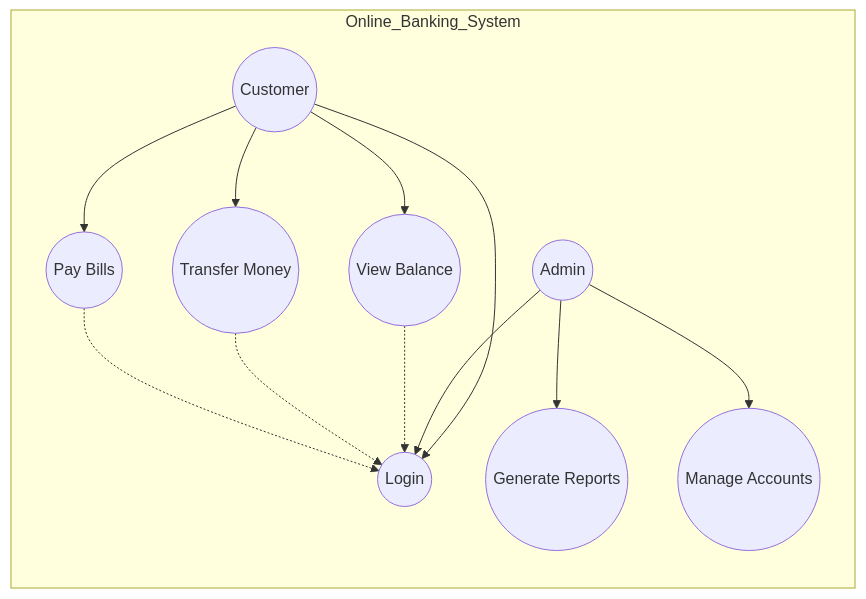
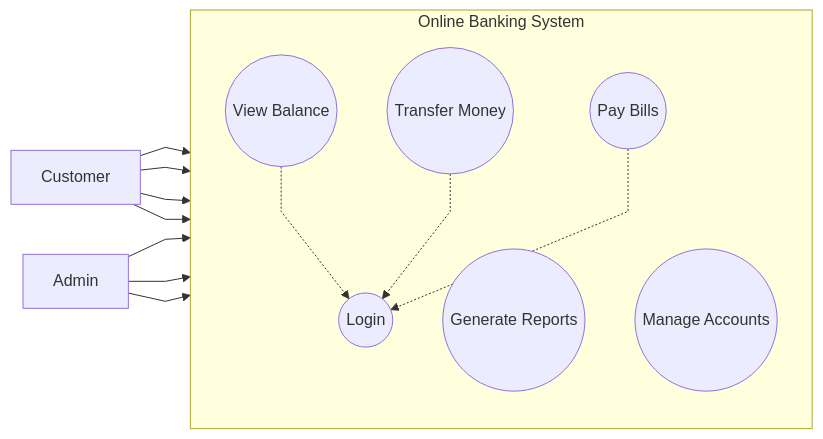
One commit to krishjha1121/Prep changed the fifth of 26 diagrams in LLD/01-fundamentals/03-uml-basics.md. Above: the diagram before and after it, drawn with Mermaid. The commit also changed other lines of this file, not shown here.

Commit message:
add sequence diagram

````diff
--- a/LLD/01-fundamentals/03-uml-basics.md
+++ b/LLD/01-fundamentals/03-uml-basics.md
@@ -161,28 +200,34 @@
 ```mermaid
-%%{init: {'theme': 'default'}}%%
-graph LR
-    subgraph Online_Banking_System
-        Customer((Customer))
-        Admin((Admin))
+%%{init: {'theme': 'default', 'flowchart': {'curve': 'linear'}}}%%
+flowchart LR
+  %% actors (outside the system boundary)
+  Customer[Customer]
+  Admin[Admin]
 
-        UC1((Login))
-        UC2((View Balance))
-        UC3((Transfer Money))
-        UC4((Pay Bills))
-        UC5((Generate Reports))
-        UC6((Manage Accounts))
+  %% system boundary (subgraph) with use cases as ovals
+  subgraph Online_Banking_System["Online Banking System"]
+    direction TB
+    UC1((Login))
+    UC2((View Balance))
+    UC3((Transfer Money))
+    UC4((Pay Bills))
+    UC5((Generate Reports))
+    UC6((Manage Accounts))
+  end
 
-        Customer --> UC1
-        Customer --> UC2
-        Customer --> UC3
-        Customer --> UC4
+  %% actor -> use case links
+  Customer --> UC1
+  Customer --> UC2
+  Customer --> UC3
+  Customer --> UC4
 
-        Admin --> UC1
-        Admin --> UC5
-        Admin --> UC6
+  Admin --> UC1
+  Admin --> UC5
+  Admin --> UC6
 
-        UC2 -.-> UC1
-        UC3 -.-> UC1
-        UC4 -.-> UC1
-    end
+  %% indicate "includes" (dotted arrows) — visually similar to UML <<include>>
+  UC2 -.-> UC1
+  UC3 -.-> UC1
+  UC4 -.-> UC1
+
 ```
````
